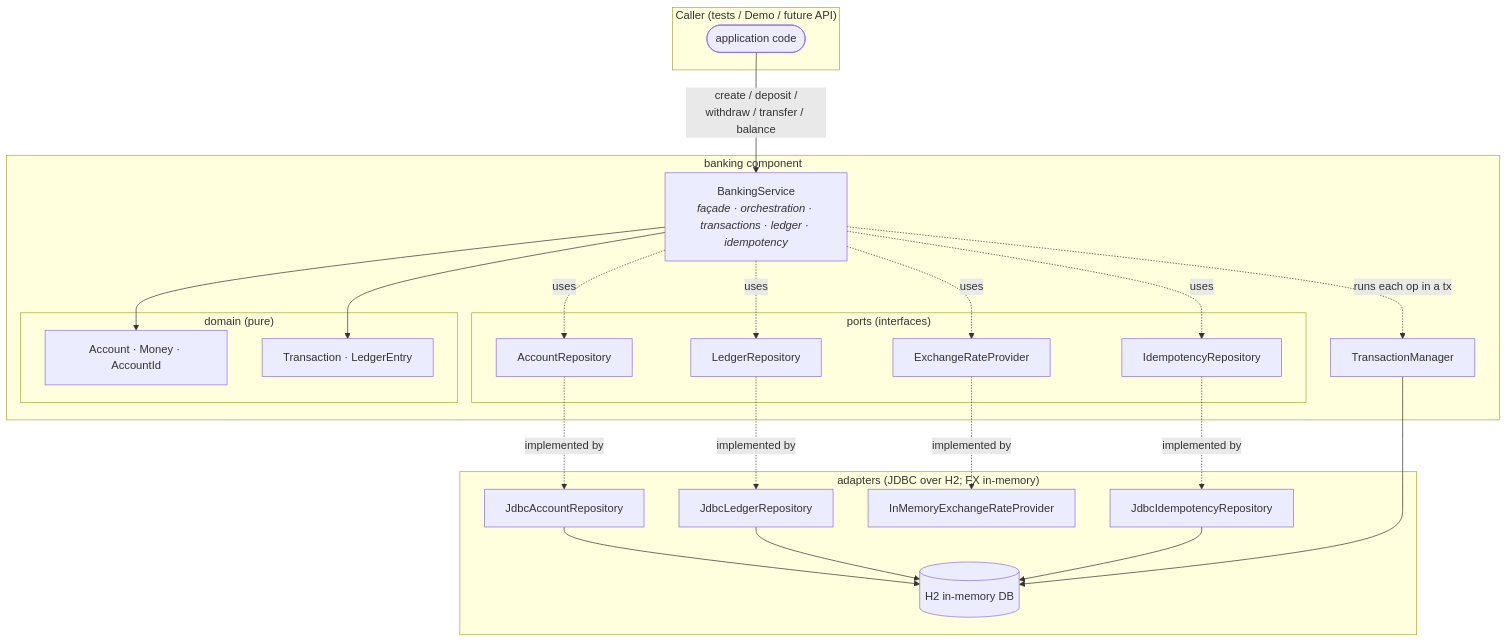
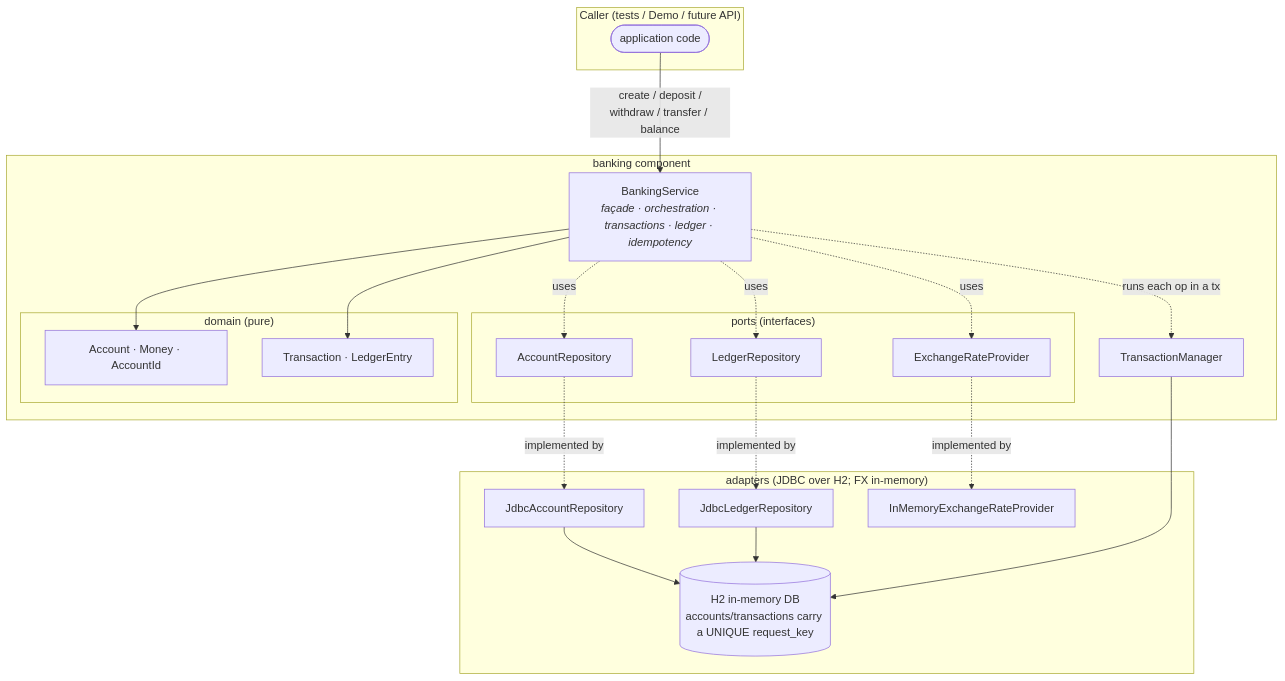
The first of 2 diagrams in doc/system-overview.md (ngaikkeung/firstcircle-banking), drawn with Mermaid before and after one commit. The commit also changed other lines of this file and 19 other files, not shown here.

First line of the commit message:
refactor: simplify idempotency — store request key on entity

````diff
--- a/doc/system-overview.md
+++ b/doc/system-overview.md
@@ -24,50 +24,45 @@
 ```mermaid
 flowchart TB
     subgraph Client["Caller (tests / Demo / future API)"]
         C([application code])
     end
 
     subgraph Core["banking component"]
         BS["BankingService<br/><i>façade · orchestration · transactions · ledger · idempotency</i>"]
 
         subgraph Ports["ports (interfaces)"]
             AR["AccountRepository"]
             LR["LedgerRepository"]
             FX["ExchangeRateProvider"]
-            IR["IdempotencyRepository"]
         end
 
         subgraph Domain["domain (pure)"]
             AC["Account · Money · AccountId"]
             TX["Transaction · LedgerEntry"]
         end
 
         TM["TransactionManager"]
     end
 
     subgraph Adapters["adapters (JDBC over H2; FX in-memory)"]
         JAR["JdbcAccountRepository"]
         JLR["JdbcLedgerRepository"]
         IFX["InMemoryExchangeRateProvider"]
-        JIR["JdbcIdempotencyRepository"]
-        H2[("H2 in-memory DB")]
+        H2[("H2 in-memory DB<br/>accounts/transactions carry a UNIQUE request_key")]
     end
 
     C -->|"create / deposit /<br/>withdraw / transfer / balance"| BS
     BS --> AC
     BS --> TX
     BS -.->|runs each op in a tx| TM
     BS -.->|uses| AR
     BS -.->|uses| LR
     BS -.->|uses| FX
-    BS -.->|uses| IR
 
     AR -.->|implemented by| JAR
     LR -.->|implemented by| JLR
     FX -.->|implemented by| IFX
-    IR -.->|implemented by| JIR
     JAR --> H2
     JLR --> H2
-    JIR --> H2
     TM --> H2
 ```
````
